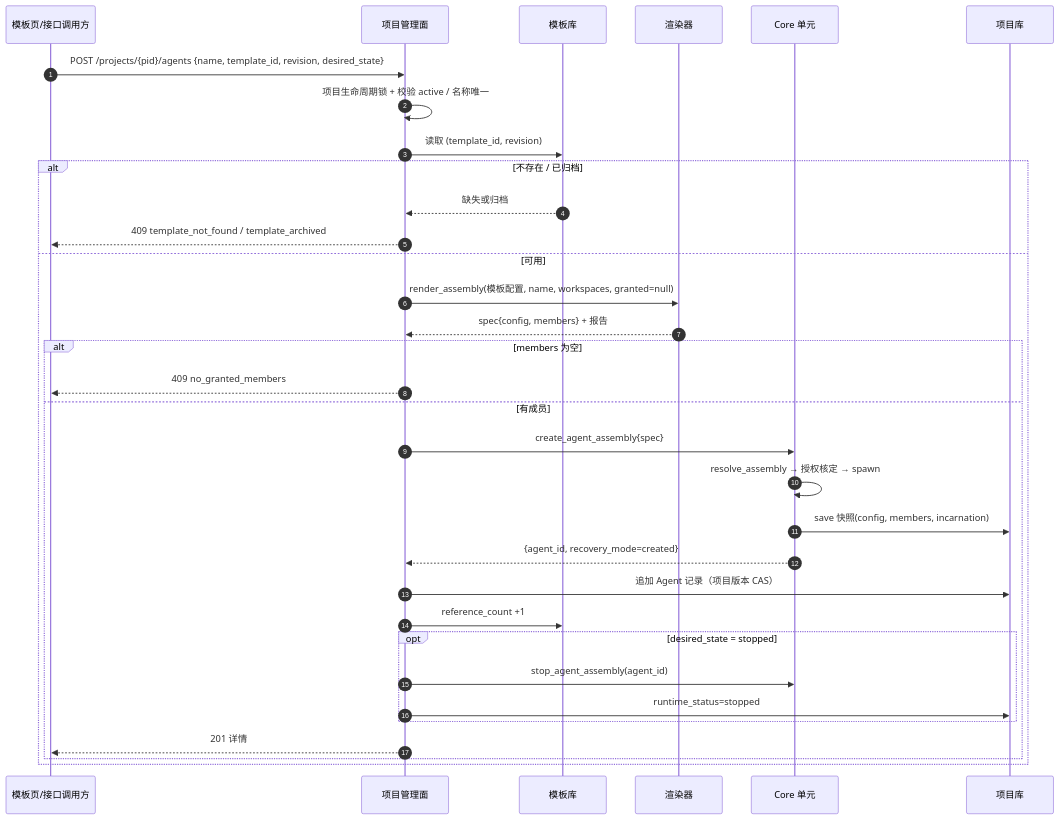
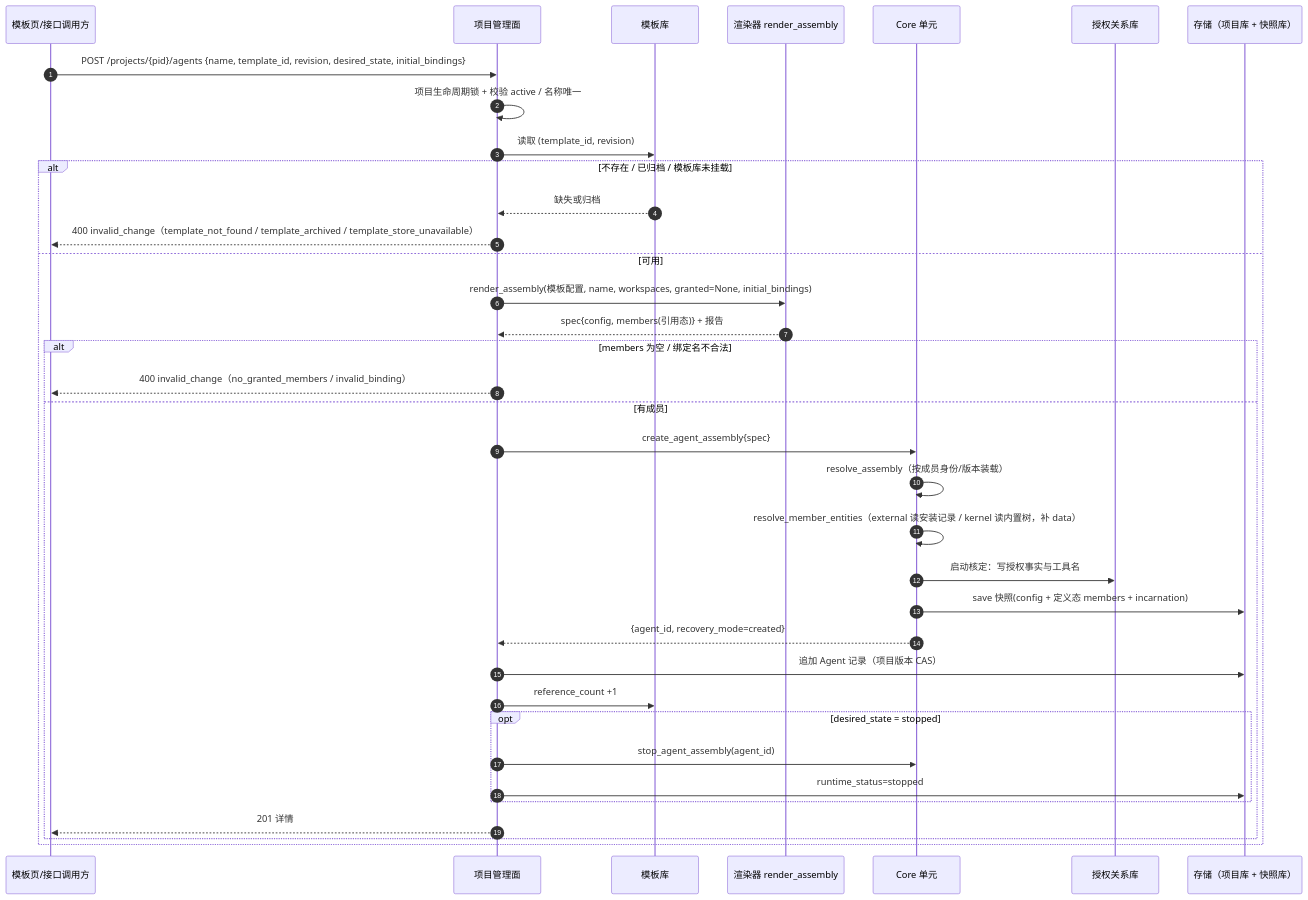
The second of 6 diagrams in docs/ghrah-10-agent-instantiation-design.md (ghrah-org/ghrah-monorepo), drawn with Mermaid before and after one commit. The commit also changed other lines of this file and 15 other files, not shown here.

````diff
--- a/docs/ghrah-10-agent-instantiation-design.md
+++ b/docs/ghrah-10-agent-instantiation-design.md
@@ -501,36 +586,39 @@
 ```mermaid
 sequenceDiagram
     autonumber
     participant UI as 模板页/接口调用方
     participant SUB as 项目管理面
     participant TPL as 模板库
-    participant R as 渲染器
+    participant R as 渲染器 render_assembly
     participant CORE as Core 单元
-    participant DB as 项目库
+    participant REL as 授权关系库
+    participant DB as 存储（项目库 + 快照库）
 
-    UI->>SUB: POST /projects/{pid}/agents {name, template_id, revision, desired_state}
+    UI->>SUB: POST /projects/{pid}/agents {name, template_id, revision, desired_state, initial_bindings}
     SUB->>SUB: 项目生命周期锁 + 校验 active / 名称唯一
     SUB->>TPL: 读取 (template_id, revision)
-    alt 不存在 / 已归档
+    alt 不存在 / 已归档 / 模板库未挂载
         TPL-->>SUB: 缺失或归档
-        SUB-->>UI: 409 template_not_found / template_archived
+        SUB-->>UI: 400 invalid_change（template_not_found / template_archived / template_store_unavailable）
     else 可用
-        SUB->>R: render_assembly(模板配置, name, workspaces, granted=null)
-        R-->>SUB: spec{config, members} + 报告
-        alt members 为空
-            SUB-->>UI: 409 no_granted_members
+        SUB->>R: render_assembly(模板配置, name, workspaces, granted=None, initial_bindings)
+        R-->>SUB: spec{config, members(引用态)} + 报告
+        alt members 为空 / 绑定名不合法
+            SUB-->>UI: 400 invalid_change（no_granted_members / invalid_binding）
         else 有成员
             SUB->>CORE: create_agent_assembly{spec}
-            CORE->>CORE: resolve_assembly → 授权核定 → spawn
-            CORE->>DB: save 快照(config, members, incarnation)
+            CORE->>CORE: resolve_assembly（按成员身份/版本装载）
+            CORE->>CORE: resolve_member_entities（external 读安装记录 / kernel 读内置树，补 data）
+            CORE->>REL: 启动核定：写授权事实与工具名
+            CORE->>DB: save 快照(config + 定义态 members + incarnation)
             CORE-->>SUB: {agent_id, recovery_mode=created}
             SUB->>DB: 追加 Agent 记录（项目版本 CAS）
             SUB->>TPL: reference_count +1
             opt desired_state = stopped
                 SUB->>CORE: stop_agent_assembly(agent_id)
                 SUB->>DB: runtime_status=stopped
             end
             SUB-->>UI: 201 详情
         end
     end
 ```
````
